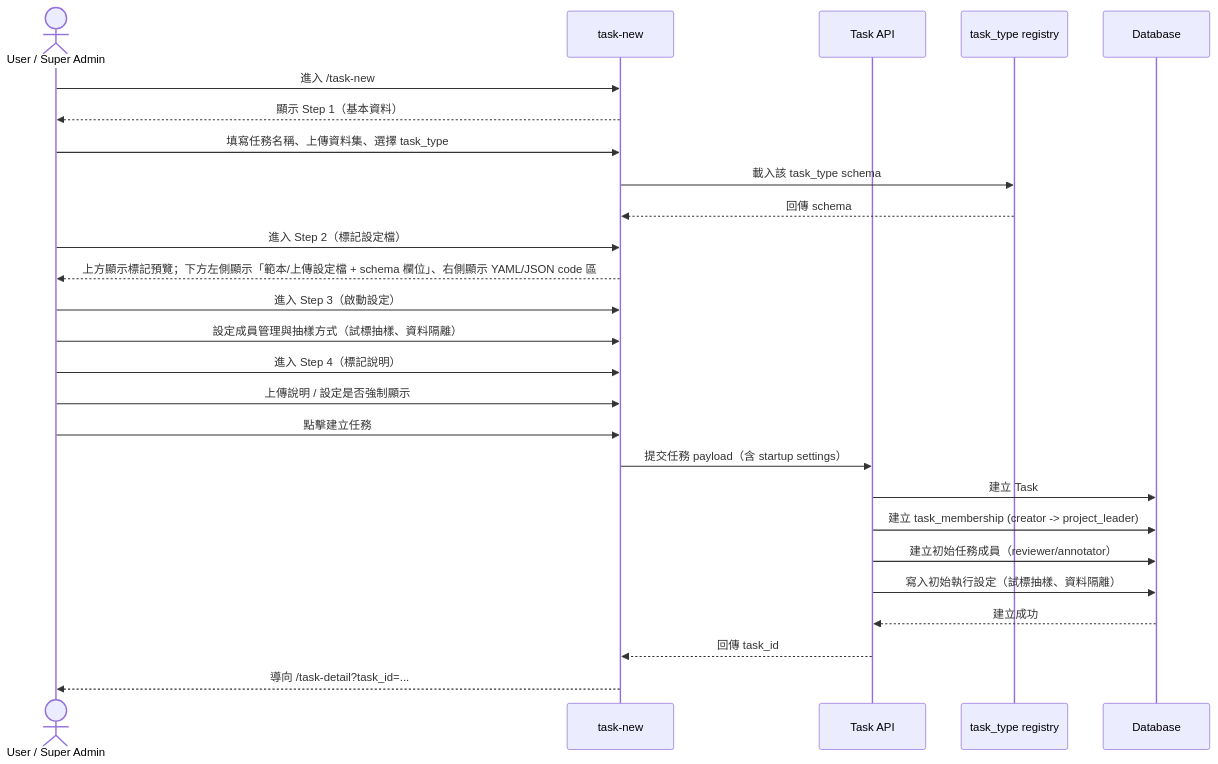
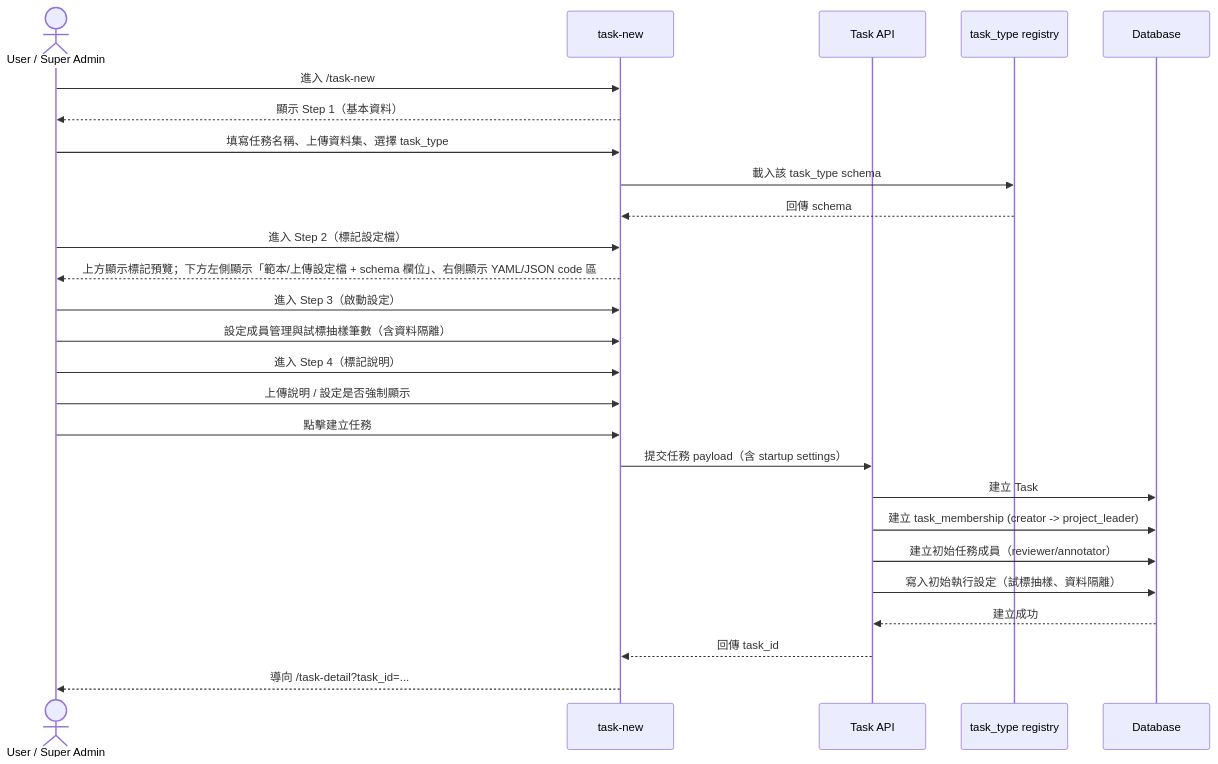
Before and after one commit to singyichen/label-suite: the first of 2 diagrams in specs/task-management/013-task-new/spec.md, drawn with Mermaid. The commit also changed other lines of this file and 5 other files, not shown here.

````diff
--- a/specs/task-management/013-task-new/spec.md
+++ b/specs/task-management/013-task-new/spec.md
@@ -51,34 +52,34 @@
 ```mermaid
 sequenceDiagram
     actor U as User / Super Admin
     participant UI as task-new
     participant API as Task API
     participant Registry as task_type registry
     participant DB as Database
 
     U->>UI: 進入 /task-new
     UI-->>U: 顯示 Step 1（基本資料）
 
     U->>UI: 填寫任務名稱、上傳資料集、選擇 task_type
     UI->>Registry: 載入該 task_type schema
     Registry-->>UI: 回傳 schema
 
     U->>UI: 進入 Step 2（標記設定檔）
     UI-->>U: 上方顯示標記預覽；下方左側顯示「範本/上傳設定檔 + schema 欄位」、右側顯示 YAML/JSON code 區
 
     U->>UI: 進入 Step 3（啟動設定）
-    U->>UI: 設定成員管理與抽樣方式（試標抽樣、資料隔離）
+    U->>UI: 設定成員管理與試標抽樣筆數（含資料隔離）
 
     U->>UI: 進入 Step 4（標記說明）
     U->>UI: 上傳說明 / 設定是否強制顯示
 
     U->>UI: 點擊建立任務
     UI->>API: 提交任務 payload（含 startup settings）
     API->>DB: 建立 Task
     API->>DB: 建立 task_membership (creator -> project_leader)
     API->>DB: 建立初始任務成員（reviewer/annotator）
     API->>DB: 寫入初始執行設定（試標抽樣、資料隔離）
     DB-->>API: 建立成功
     API-->>UI: 回傳 task_id
     UI-->>U: 導向 /task-detail?task_id=...
 ```
````
